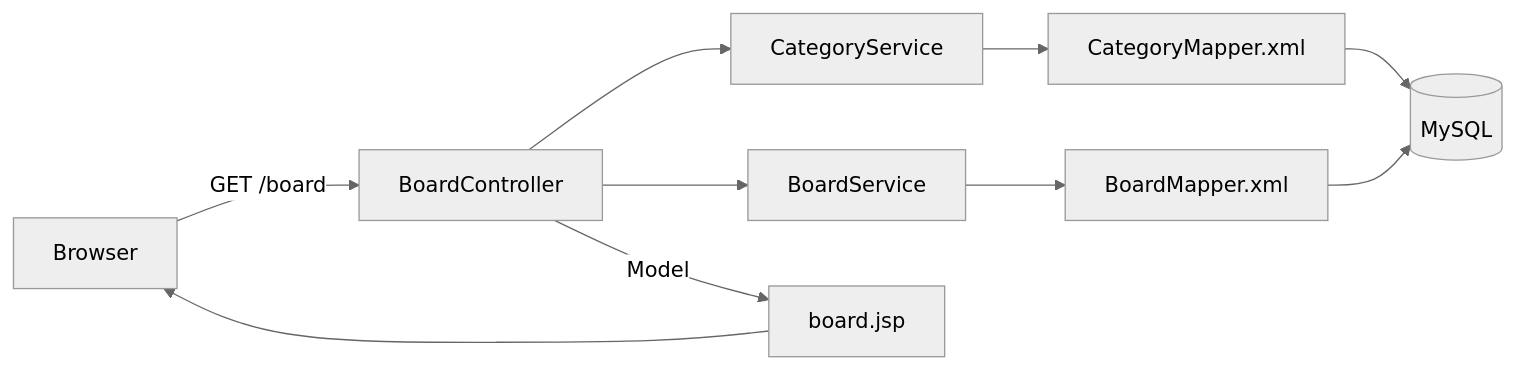
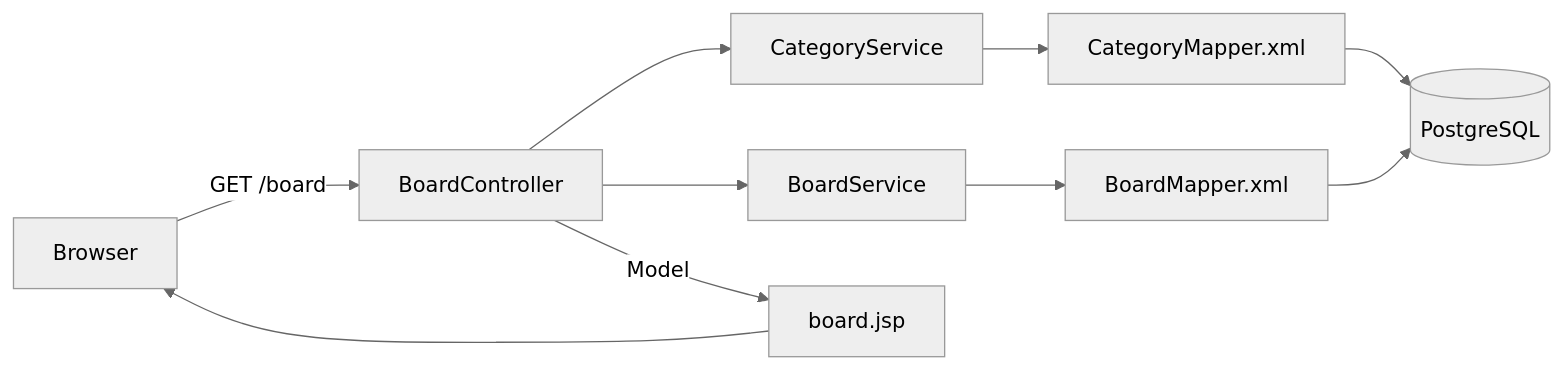
One commit to foresty110/kamel-loewe-kind changed the diagram in README.md. Above: the diagram before and after it, drawn with Mermaid (neutral theme). The commit also changed other lines of this file and 5 other files, not shown here.

````diff
--- a/README.md
+++ b/README.md
@@ -62,12 +63,12 @@
 ```mermaid
 flowchart LR
     Browser -->|"GET /board"| Controller[BoardController]
     Controller --> CategoryService
     Controller --> BoardService
     CategoryService --> CategoryMapper["CategoryMapper.xml"]
     BoardService --> BoardMapper["BoardMapper.xml"]
-    CategoryMapper --> MySQL[("MySQL")]
-    BoardMapper --> MySQL
+    CategoryMapper --> PostgreSQL[("PostgreSQL")]
+    BoardMapper --> PostgreSQL
     Controller -->|"Model"| JSP["board.jsp"]
     JSP --> Browser
 ```
````
